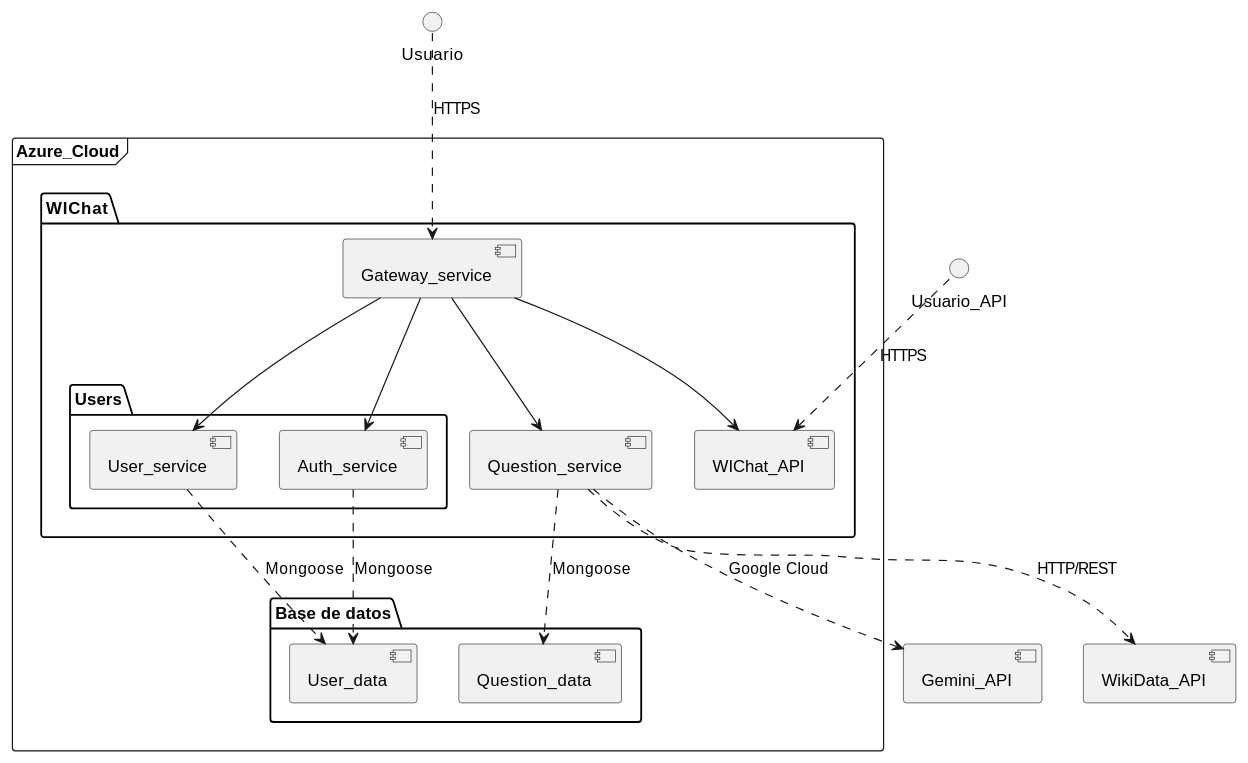
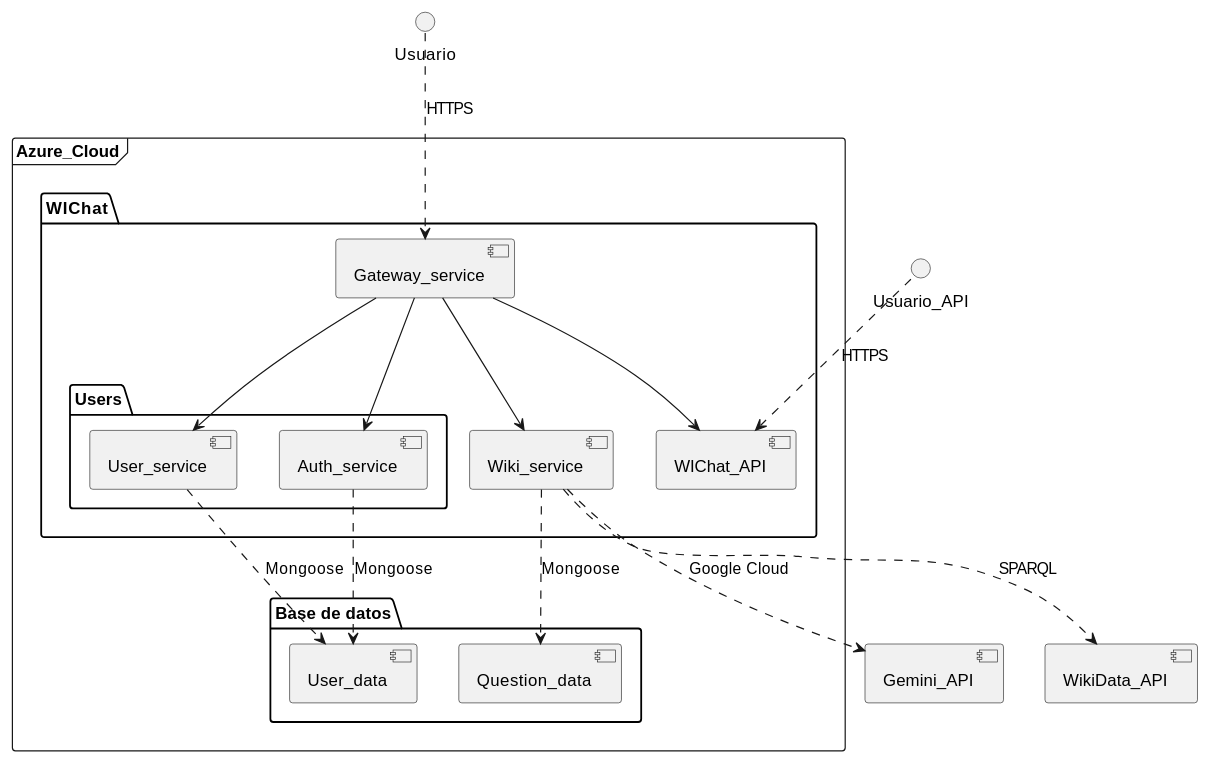
One commit to Arquisoft/wichat_es5a changed the second of 2 diagrams in docs/src/03_context_and_scope.adoc. Above: the diagram before and after it, drawn with PlantUML.

Commit message:
Diagrama técnico arreglado

```diff
--- a/docs/src/03_context_and_scope.adoc
+++ b/docs/src/03_context_and_scope.adoc
@@ -110,33 +110,33 @@
 [plantuml, "Contexto técnico WIChat", png]
 ----
 frame "Azure_Cloud" {
     package "WIChat" {
          [WIChat_API]
          [Gateway_service]
-         [Question_service]
+         [Wiki_service]
          package "Users" {
               [Auth_service]
               [User_service]
          }
     }
     package "Base de datos" {
         [User_data]
         [Question_data]
     }
 }
 [WikiData_API]
 [Gemini_API]
 () "Usuario"
 () "Usuario_API"
 Usuario ..> Gateway_service : HTTPS
-Gateway_service --> Question_service
+Gateway_service --> Wiki_service
 Gateway_service --> Auth_service
 Gateway_service --> User_service
 Gateway_service --> WIChat_API
-Question_service ..> WikiData_API : HTTP/REST
-Question_service ..> Gemini_API : Google Cloud
+Wiki_service ..> WikiData_API : SPARQL
+Wiki_service ..> Gemini_API : Google Cloud
 Auth_service ..> User_data : Mongoose
 User_service ..> User_data  : Mongoose
-Question_service ..> Question_data : Mongoose
+Wiki_service ..> Question_data : Mongoose
 Usuario_API ..> WIChat_API : HTTPS
 ----
```
